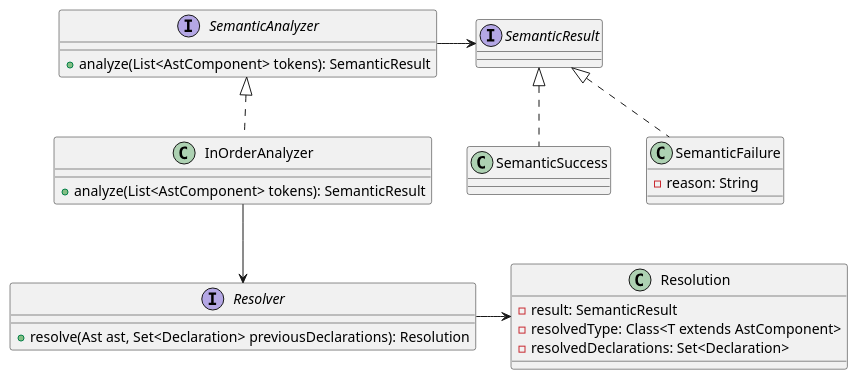
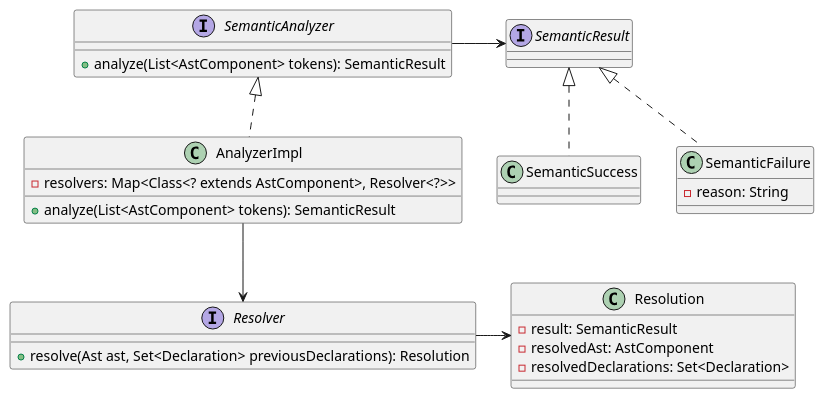
One commit to Al-Fajor/printscript changed the diagram in diagrams/semantic_analyzer.puml. Above: the diagram before and after it, drawn with PlantUML.

Commit message:
Implemented design in semantic_analyzer.puml

```diff
--- a/diagrams/semantic_analyzer.puml
+++ b/diagrams/semantic_analyzer.puml
@@ -1,32 +1,33 @@
 @startuml
 
 interface SemanticAnalyzer {
     + analyze(List<AstComponent> tokens): SemanticResult
 }
 
-class InOrderAnalyzer implements SemanticAnalyzer {
+class AnalyzerImpl implements SemanticAnalyzer {
+    - resolvers: Map<Class<? extends AstComponent>, Resolver<?>>
     + analyze(List<AstComponent> tokens): SemanticResult
 }
 
 interface SemanticResult
 
 class SemanticSuccess implements SemanticResult
 class SemanticFailure implements SemanticResult {
     - reason: String
 }
 
 interface Resolver {
     + resolve(Ast ast, Set<Declaration> previousDeclarations): Resolution
 }
 
 class Resolution {
     - result: SemanticResult
-    - resolvedType: Class<T extends AstComponent>
+    - resolvedAst: AstComponent
     - resolvedDeclarations: Set<Declaration>
 }
 
 SemanticAnalyzer -> SemanticResult
-InOrderAnalyzer --> Resolver
+AnalyzerImpl --> Resolver
 Resolver -> Resolution
 
 @enduml
```
